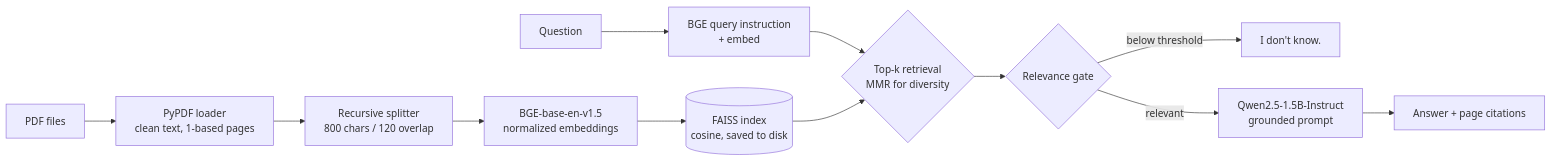
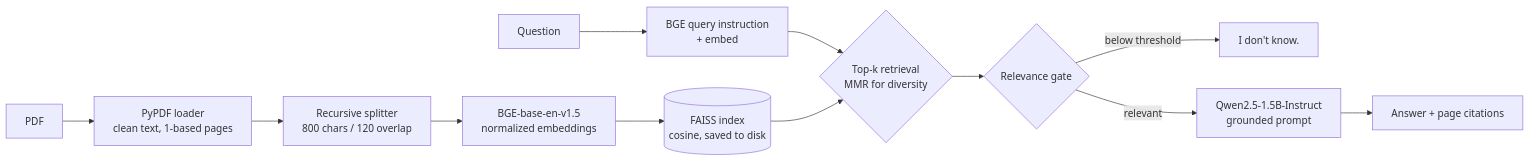
One commit to roshan0774/local-rag-pdf-qa changed the diagram in README.md. Above: the diagram before and after it, drawn with Mermaid. The commit also changed other lines of this file and 8 other files, not shown here.

````diff
--- a/README.md
+++ b/README.md
@@ -22,14 +28,14 @@
 ```mermaid
 flowchart LR
-    A[PDF files] --> B[PyPDF loader<br/>clean text, 1-based pages]
+    A[PDF] --> B[PyPDF loader<br/>clean text, 1-based pages]
     B --> C[Recursive splitter<br/>800 chars / 120 overlap]
     C --> D[BGE-base-en-v1.5<br/>normalized embeddings]
     D --> E[(FAISS index<br/>cosine, saved to disk)]
     Q[Question] --> F[BGE query instruction<br/>+ embed]
     F --> G{Top-k retrieval<br/>MMR for diversity}
     E --> G
     G --> H{Relevance gate}
     H -- below threshold --> I["I don't know."]
     H -- relevant --> J[Qwen2.5-1.5B-Instruct<br/>grounded prompt]
     J --> K[Answer + page citations]
 ```
````
